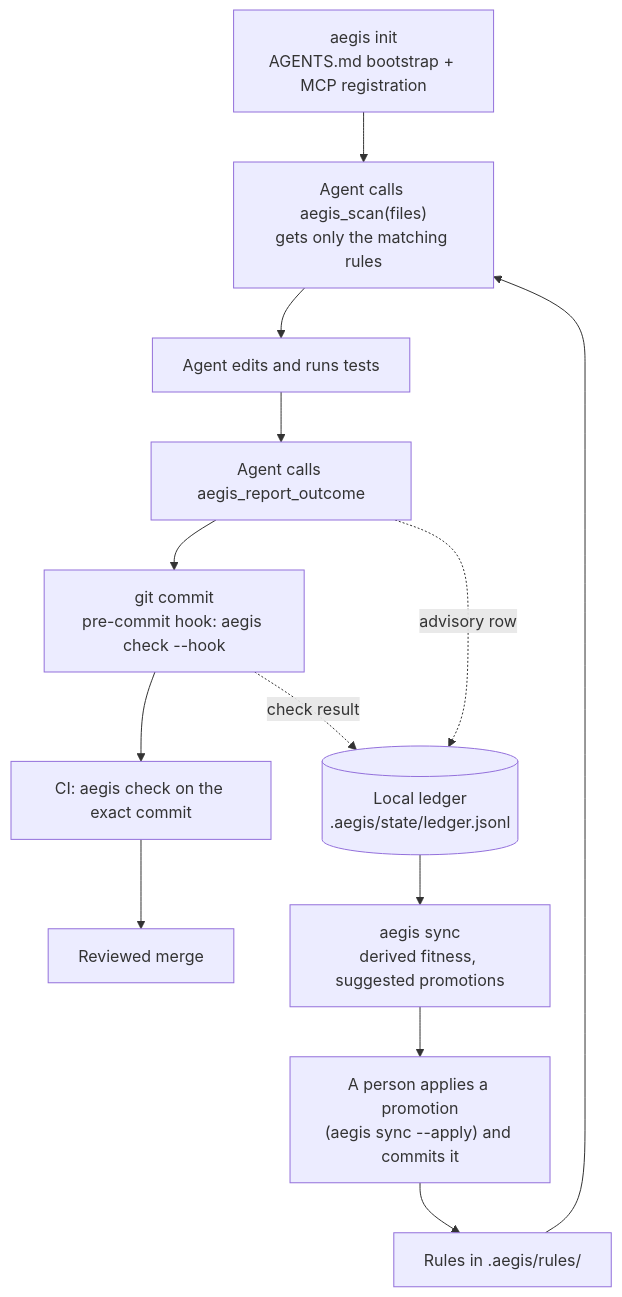
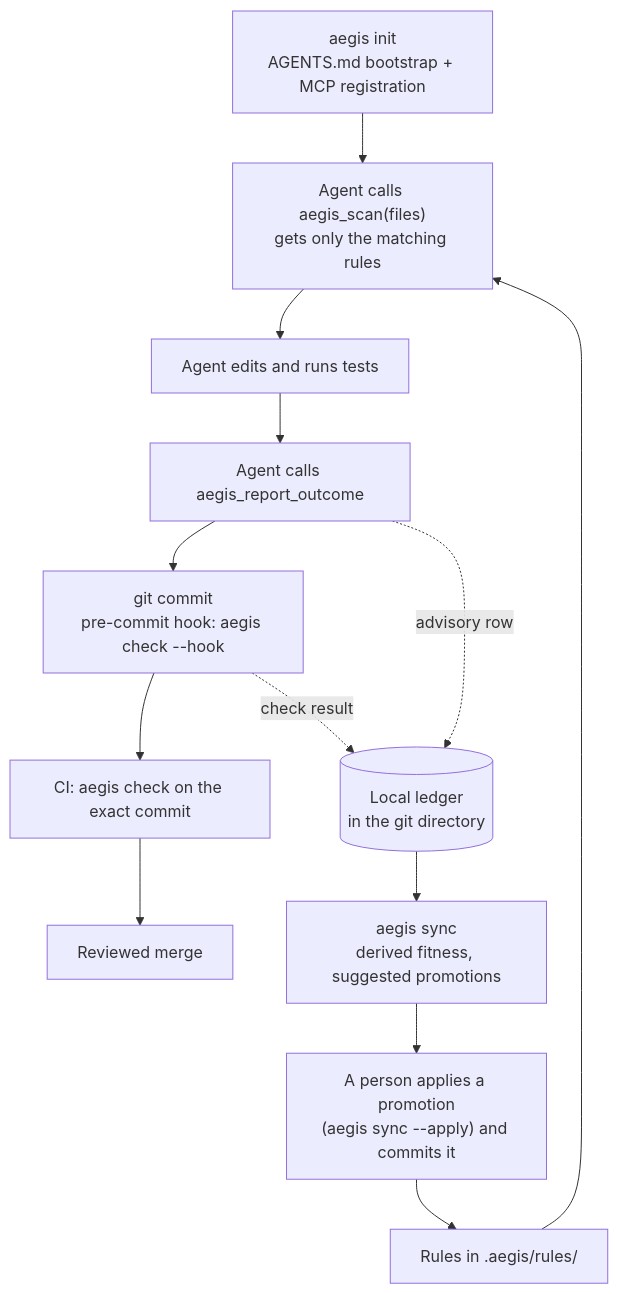
Before and after one commit to nseney1/Aegis-Guardrails: the first of 2 diagrams in docs/how-it-works.md, drawn with Mermaid. The commit also changed other lines of this file and 6 other files, not shown here.

````diff
--- a/docs/how-it-works.md
+++ b/docs/how-it-works.md
@@ -9,15 +9,15 @@
 ```mermaid
 flowchart TD
     A["aegis init<br/>AGENTS.md bootstrap + MCP registration"] --> B["Agent calls aegis_scan(files)<br/>gets only the matching rules"]
     B --> C["Agent edits and runs tests"]
     C --> D["Agent calls aegis_report_outcome"]
     D --> E["git commit<br/>pre-commit hook: aegis check --hook"]
     E --> F["CI: aegis check on the exact commit"]
     F --> G["Reviewed merge"]
-    D -. "advisory row" .-> L[("Local ledger<br/>.aegis/state/ledger.jsonl")]
+    D -. "advisory row" .-> L[("Local ledger<br/>in the git directory")]
     E -. "check result" .-> L
     L --> S["aegis sync<br/>derived fitness, suggested promotions"]
     S --> P["A person applies a promotion<br/>(aegis sync --apply) and commits it"]
     P --> R["Rules in .aegis/rules/"]
     R --> B
 ```
````
